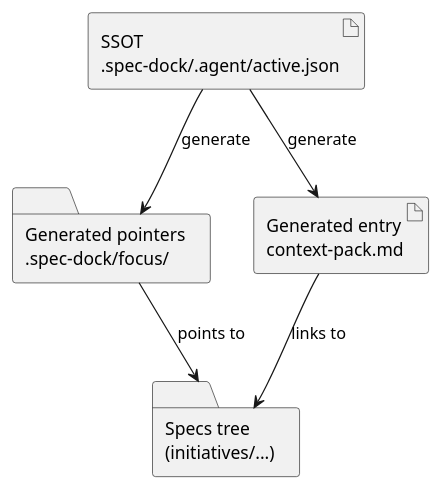
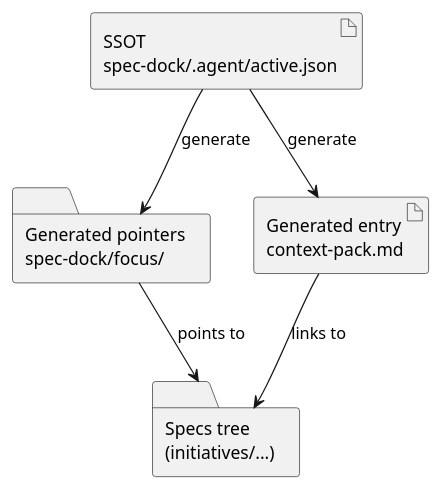
The diagram in docs/discussion-sheets/02_current_pointer_design.md (chemitaro/spec-dock), drawn with PlantUML before and after one commit. The commit also changed other lines of this file and 26 other files, not shown here.

Commit message:
chore: spec-dock ディレクトリ参照を非ドット表記に統一 - README や docs/multilingual assets で `.spec-dock` から `spec-dock` に名称を差し替え - CLI/スクリプト内の定数や説明文に新しいディレクトリ名と旧名の案内を加え - テストで `spec-dock` 配下のファイル/マーカーを検証するよう更新

````diff
--- a/docs/discussion-sheets/02_current_pointer_design.md
+++ b/docs/discussion-sheets/02_current_pointer_design.md
@@ -187,15 +187,15 @@
 ```plantuml
 @startuml
 skinparam componentStyle rectangle
 
-artifact "SSOT\n.spec-dock/.agent/active.json" as ssot
-folder "Generated pointers\n.spec-dock/focus/" as focus
+artifact "SSOT\nspec-dock/.agent/active.json" as ssot
+folder "Generated pointers\nspec-dock/focus/" as focus
 artifact "Generated entry\ncontext-pack.md" as cp
 folder "Specs tree\n(initiatives/...)" as tree
 
 ssot --> focus : generate
 ssot --> cp : generate
 focus --> tree : points to
 cp --> tree : links to
 @enduml
 ```
````
